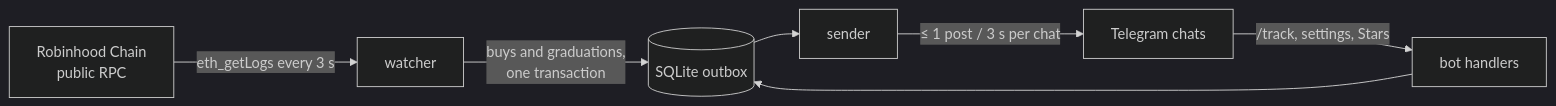
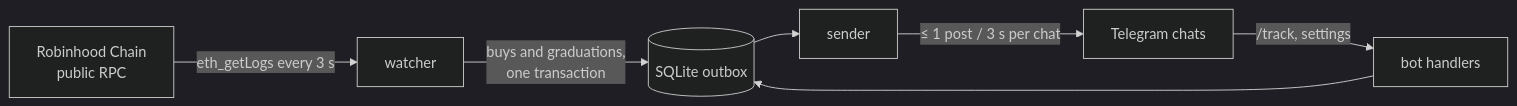
The diagram in README.md (Fiveloss/silverhand-buys), drawn with Mermaid (dark theme) before and after one commit. The commit also changed other lines of this file and 66 other files, not shown here.

````diff
--- a/README.md
+++ b/README.md
@@ -101,8 +96,8 @@
 ```mermaid
 flowchart LR
     RPC["Robinhood Chain<br/>public RPC"] -->|eth_getLogs every 3 s| W[watcher]
     W -->|buys and graduations,<br/>one transaction| DB[(SQLite outbox)]
     DB --> S[sender]
     S -->|≤ 1 post / 3 s per chat| TG[Telegram chats]
-    TG -->|/track, settings, Stars| B[bot handlers] --> DB
+    TG -->|/track, settings| B[bot handlers] --> DB
 ```
````
